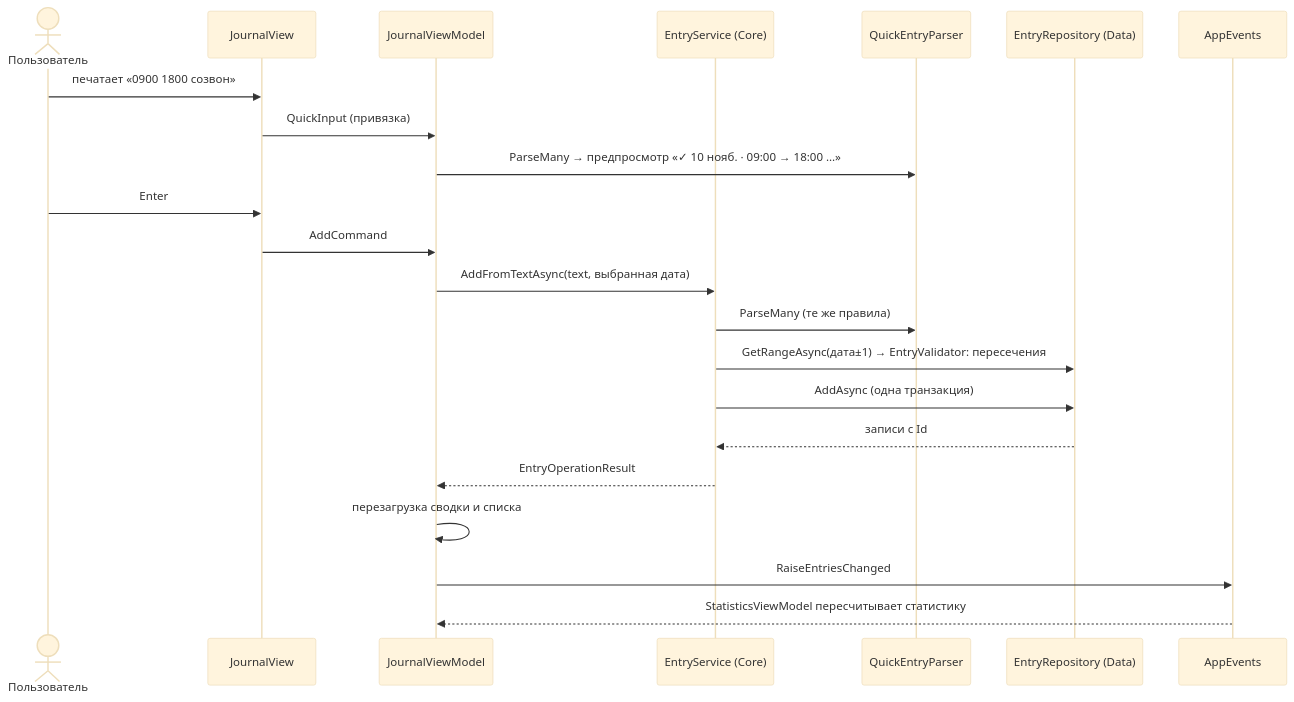
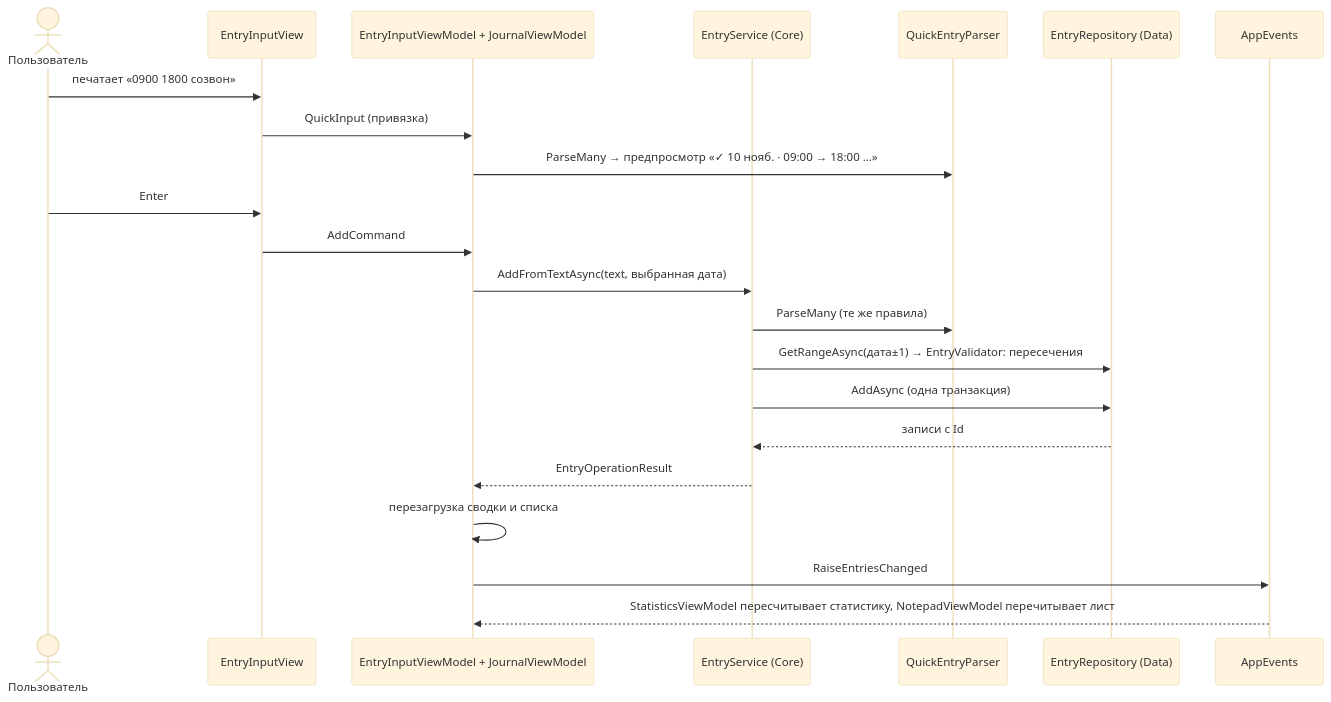
The second of 3 diagrams in docs/ARCHITECTURE.md (z1ec/RDN-time-tracker), drawn with Mermaid (base theme) before and after one commit. The commit also changed other lines of this file and 11 other files, not shown here.

````diff
--- a/docs/ARCHITECTURE.md
+++ b/docs/ARCHITECTURE.md
@@ -45,24 +48,24 @@
 ```mermaid
 sequenceDiagram
     actor U as Пользователь
-    participant V as JournalView
-    participant VM as JournalViewModel
+    participant V as EntryInputView
+    participant VM as EntryInputViewModel + JournalViewModel
     participant S as EntryService (Core)
     participant P as QuickEntryParser
     participant R as EntryRepository (Data)
     participant E as AppEvents
     U->>V: печатает «0900 1800 созвон»
     V->>VM: QuickInput (привязка)
     VM->>P: ParseMany → предпросмотр «✓ 10 нояб. · 09:00 → 18:00 …»
     U->>V: Enter
     V->>VM: AddCommand
     VM->>S: AddFromTextAsync(text, выбранная дата)
     S->>P: ParseMany (те же правила)
     S->>R: GetRangeAsync(дата±1) → EntryValidator: пересечения
     S->>R: AddAsync (одна транзакция)
     R-->>S: записи с Id
     S-->>VM: EntryOperationResult
     VM->>VM: перезагрузка сводки и списка
     VM->>E: RaiseEntriesChanged
-    E-->>VM: StatisticsViewModel пересчитывает статистику
+    E-->>VM: StatisticsViewModel пересчитывает статистику, NotepadViewModel перечитывает лист
 ```
````
